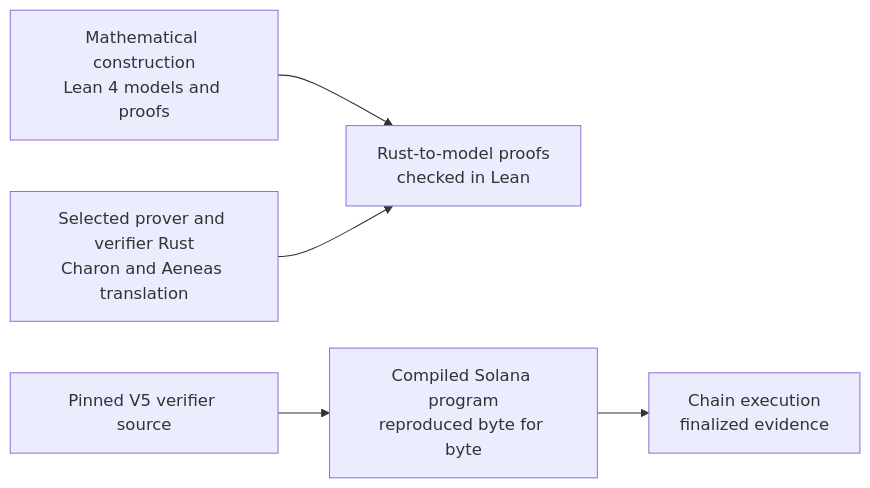
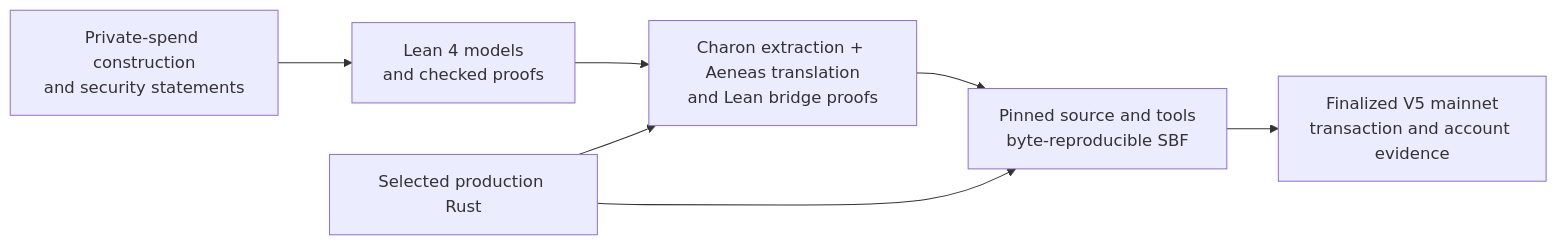
Before and after one commit to DJBarker87/aspis: the diagram in README.md, drawn with Mermaid. The commit also changed other lines of this file and 20 other files, not shown here.

Commit message:
docs: present the evidence chain from Lean to mainnet

````diff
--- a/README.md
+++ b/README.md
@@ -18,14 +18,16 @@
 ```mermaid
 flowchart LR
-    M["Mathematical construction<br/>Lean 4 models and proofs"]
-    R["Selected prover and verifier Rust<br/>Charon and Aeneas translation"]
-    P["Rust-to-model proofs<br/>checked in Lean"]
-    S["Pinned V5 verifier source"]
-    B["Compiled Solana program<br/>reproduced byte for byte"]
-    X["Chain execution<br/>finalized evidence"]
+    D["Private-spend construction<br/>and security statements"]
+    L["Lean 4 models<br/>and checked proofs"]
+    R["Selected production Rust"]
+    A["Charon extraction + Aeneas translation<br/>and Lean bridge proofs"]
+    B["Pinned source and tools<br/>byte-reproducible SBF"]
+    X["Finalized V5 mainnet<br/>transaction and account evidence"]
 
-    M --> P
-    R --> P
-    S --> B
+    D --> L
+    L --> A
+    R --> A
+    R --> B
+    A --> B
     B --> X
 ```
````
